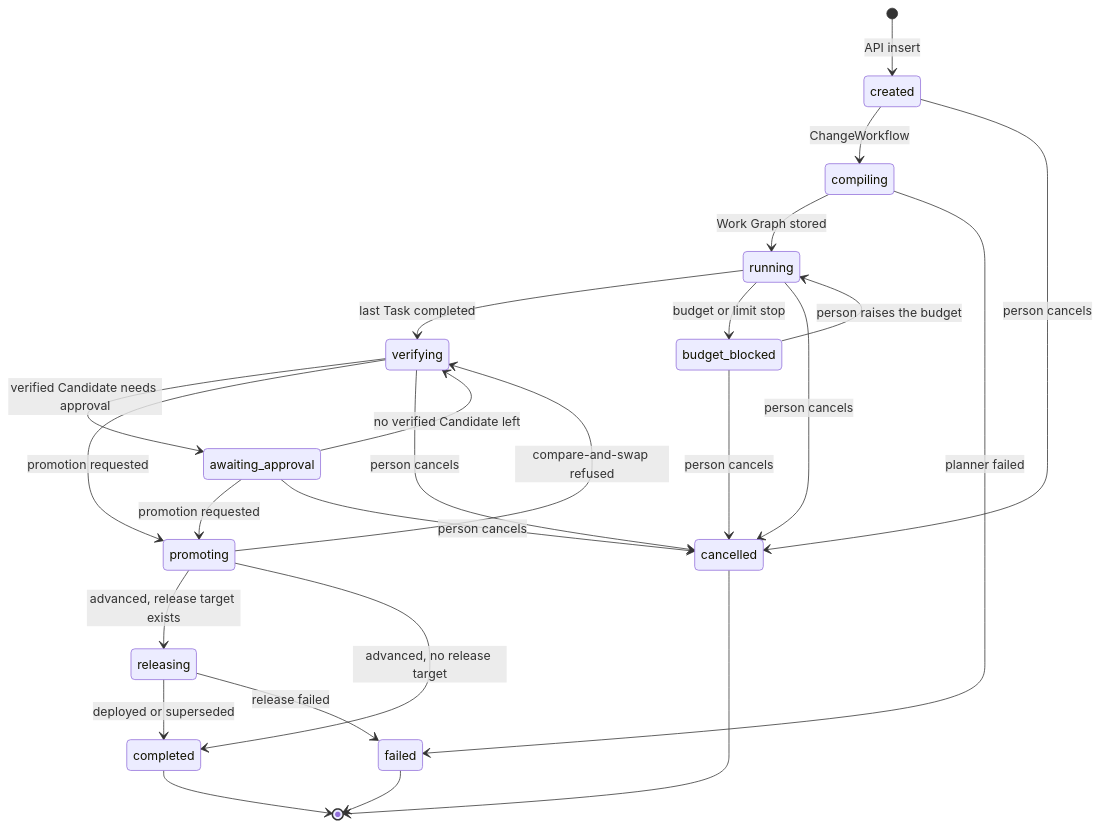
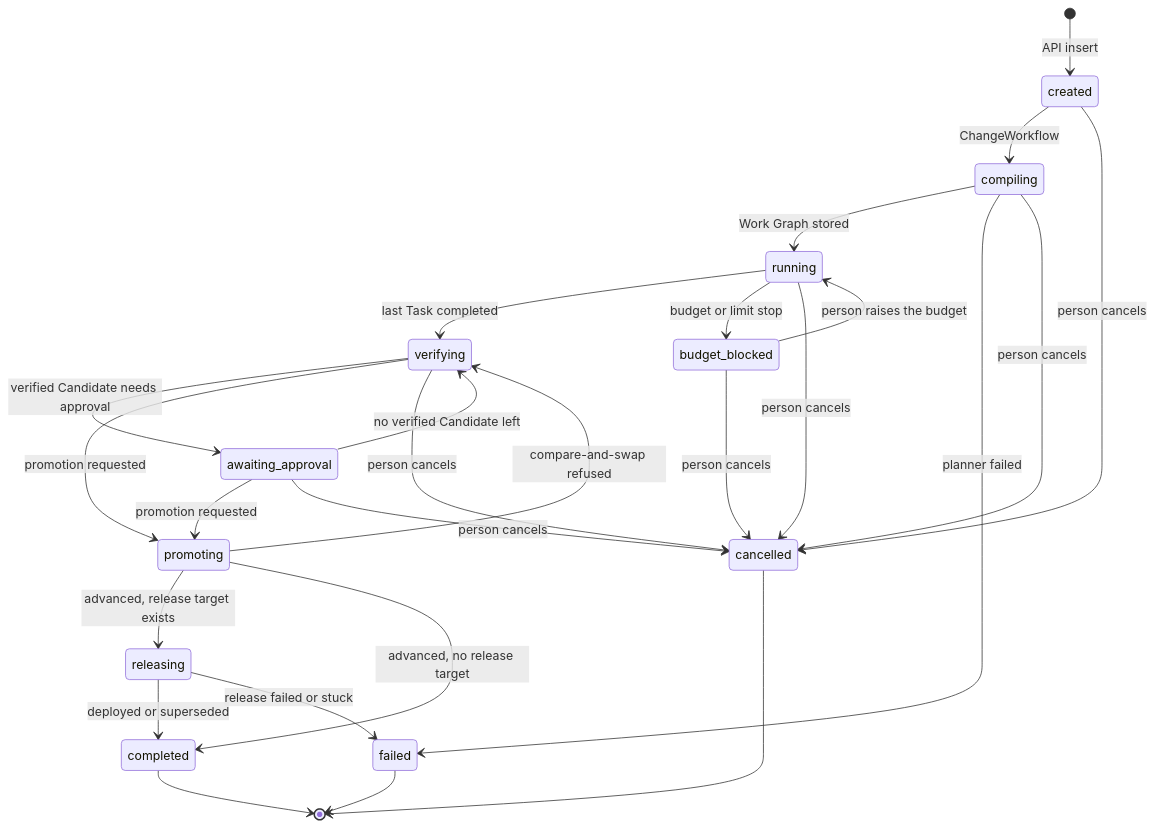
One commit to nsudhanva/rhumbatron changed the fourth of 7 diagrams in docs/architecture/change-lifecycle.md. Above: the diagram before and after it, drawn with Mermaid. The commit also changed other lines of this file, not shown here.

Commit message:
docs(docs): document stuck release recovery and cancel during compiling

````diff
--- a/docs/architecture/change-lifecycle.md
+++ b/docs/architecture/change-lifecycle.md
@@ -158,27 +160,28 @@
 ```mermaid
 stateDiagram-v2
   [*] --> created: API insert
   created --> compiling: ChangeWorkflow
   compiling --> running: Work Graph stored
   compiling --> failed: planner failed
   running --> verifying: last Task completed
   running --> budget_blocked: budget or limit stop
   budget_blocked --> running: person raises the budget
   verifying --> awaiting_approval: verified Candidate needs approval
   awaiting_approval --> verifying: no verified Candidate left
   verifying --> promoting: promotion requested
   awaiting_approval --> promoting: promotion requested
   promoting --> verifying: compare-and-swap refused
   promoting --> releasing: advanced, release target exists
   promoting --> completed: advanced, no release target
   releasing --> completed: deployed or superseded
-  releasing --> failed: release failed
+  releasing --> failed: release failed or stuck
   created --> cancelled: person cancels
+  compiling --> cancelled: person cancels
   running --> cancelled: person cancels
   verifying --> cancelled: person cancels
   awaiting_approval --> cancelled: person cancels
   budget_blocked --> cancelled: person cancels
   completed --> [*]
   failed --> [*]
   cancelled --> [*]
 ```
````
